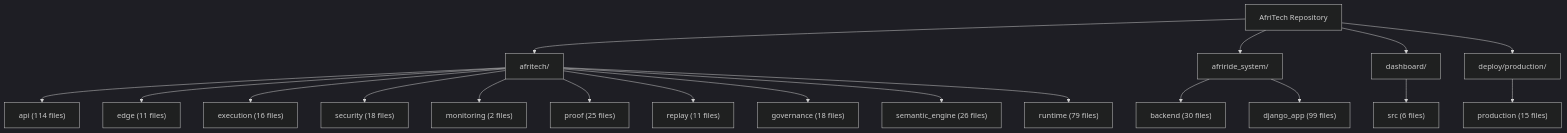
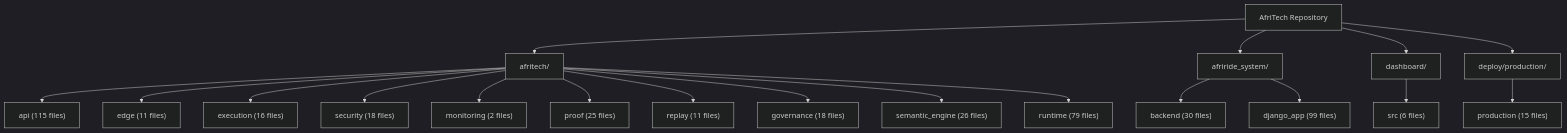
The second of 2 diagrams in docs/architecture/AFRITECH_FULL_ARCHITECTURE_GRAPH.md (Strelly2023/afritelematics), drawn with Mermaid (dark theme) before and after one commit. The commit also changed other lines of this file and 15 other files, not shown here.

````diff
--- a/docs/architecture/AFRITECH_FULL_ARCHITECTURE_GRAPH.md
+++ b/docs/architecture/AFRITECH_FULL_ARCHITECTURE_GRAPH.md
@@ -64,23 +64,23 @@
 ```mermaid
 flowchart TD
     Root["AfriTech Repository"] --> Core["afritech/"]
     Root --> Ride["afriride_system/"]
     Root --> Ui["dashboard/"]
     Root --> Deploy["deploy/production/"]
 
-    Core --> Api["api (114 files)"]
+    Core --> Api["api (115 files)"]
     Core --> Edge["edge (11 files)"]
     Core --> Execution["execution (16 files)"]
     Core --> Security["security (18 files)"]
     Core --> Monitoring["monitoring (2 files)"]
     Core --> Proof["proof (25 files)"]
     Core --> Replay["replay (11 files)"]
     Core --> Governance["governance (18 files)"]
     Core --> Semantic["semantic_engine (26 files)"]
     Core --> Runtime["runtime (79 files)"]
 
     Ride --> Backend["backend (30 files)"]
     Ride --> Django["django_app (99 files)"]
     Ui --> Dashboard["src (6 files)"]
     Deploy --> Production["production (15 files)"]
 ```
````
